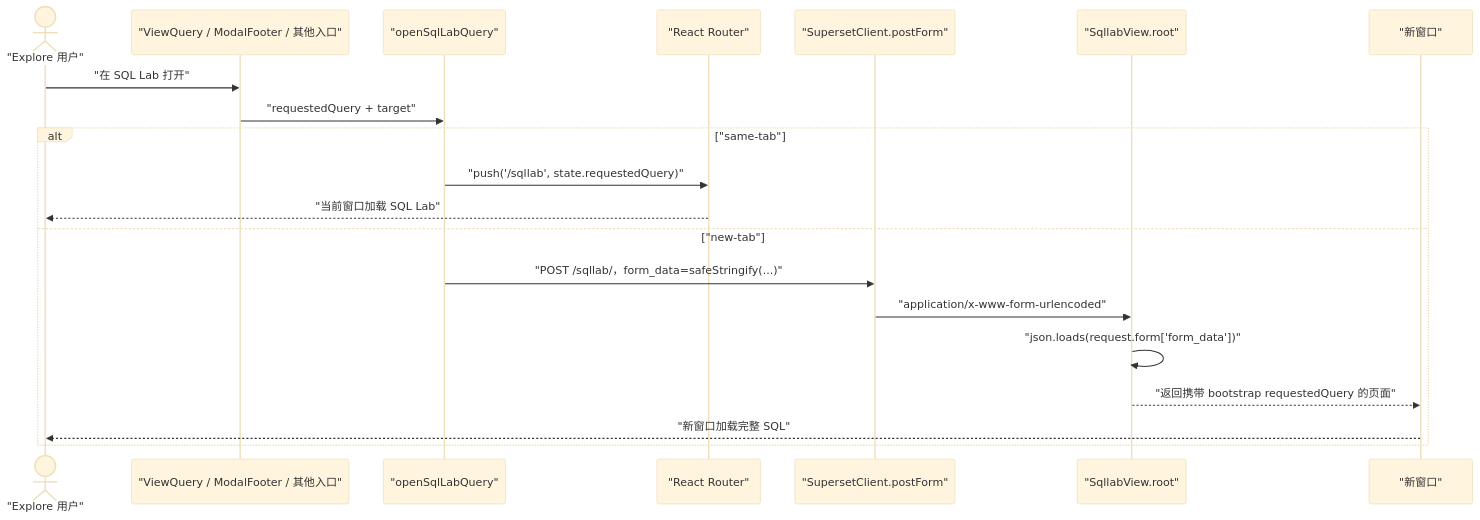
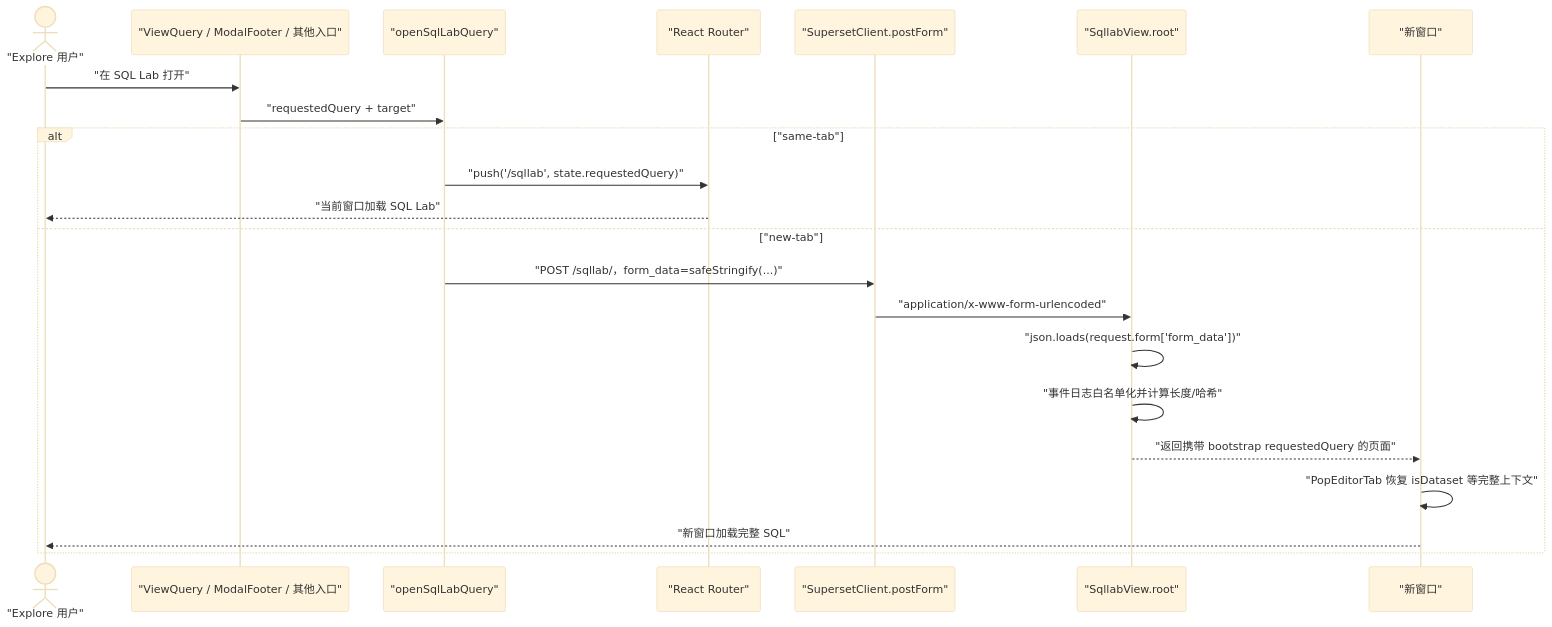
Before and after one commit to Percy-m/superset: the tenth of 11 diagrams in docs/designs/superset-data-quality-bi-implementation-plan.md, drawn with Mermaid (base theme). The commit also changed other lines of this file and 15 other files, not shown here.

Commit message:
fix(sqllab): secure virtual dataset SQL Lab navigation

````diff
--- a/docs/designs/superset-data-quality-bi-implementation-plan.md
+++ b/docs/designs/superset-data-quality-bi-implementation-plan.md
@@ -810,23 +819,25 @@
 ```mermaid
 sequenceDiagram
   actor User as "Explore 用户"
   participant Entry as "ViewQuery / ModalFooter / 其他入口"
   participant Helper as "openSqlLabQuery"
   participant Router as "React Router"
   participant Client as "SupersetClient.postForm"
   participant SqlLab as "SqllabView.root"
   participant Browser as "新窗口"
 
   User->>Entry: "在 SQL Lab 打开"
   Entry->>Helper: "requestedQuery + target"
   alt "same-tab"
     Helper->>Router: "push('/sqllab', state.requestedQuery)"
     Router-->>User: "当前窗口加载 SQL Lab"
   else "new-tab"
     Helper->>Client: "POST /sqllab/，form_data=safeStringify(...)"
     Client->>SqlLab: "application/x-www-form-urlencoded"
     SqlLab->>SqlLab: "json.loads(request.form['form_data'])"
+    SqlLab->>SqlLab: "事件日志白名单化并计算长度/哈希"
     SqlLab-->>Browser: "返回携带 bootstrap requestedQuery 的页面"
+    Browser->>Browser: "PopEditorTab 恢复 isDataset 等完整上下文"
     Browser-->>User: "新窗口加载完整 SQL"
   end
 ```
````
